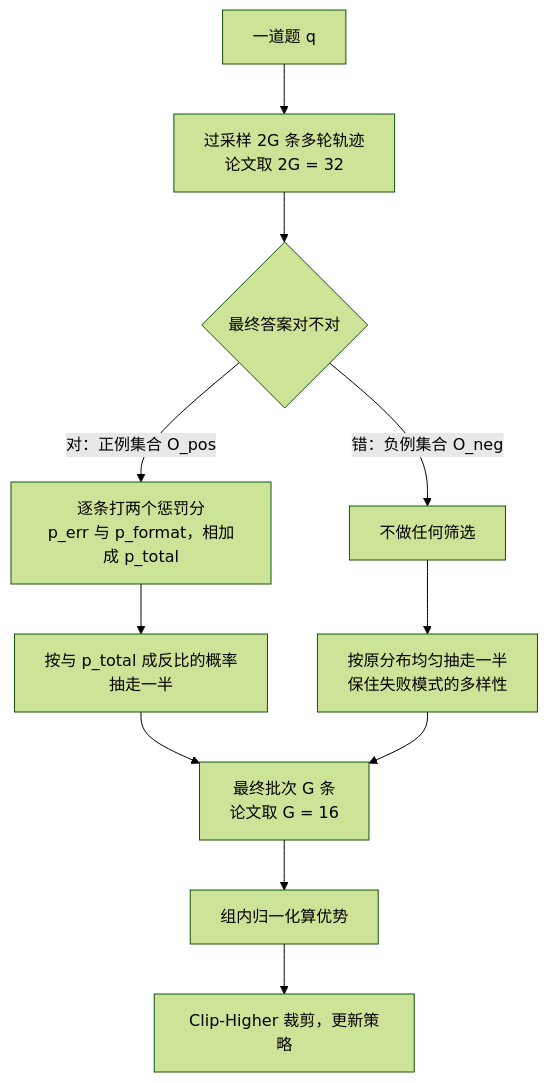
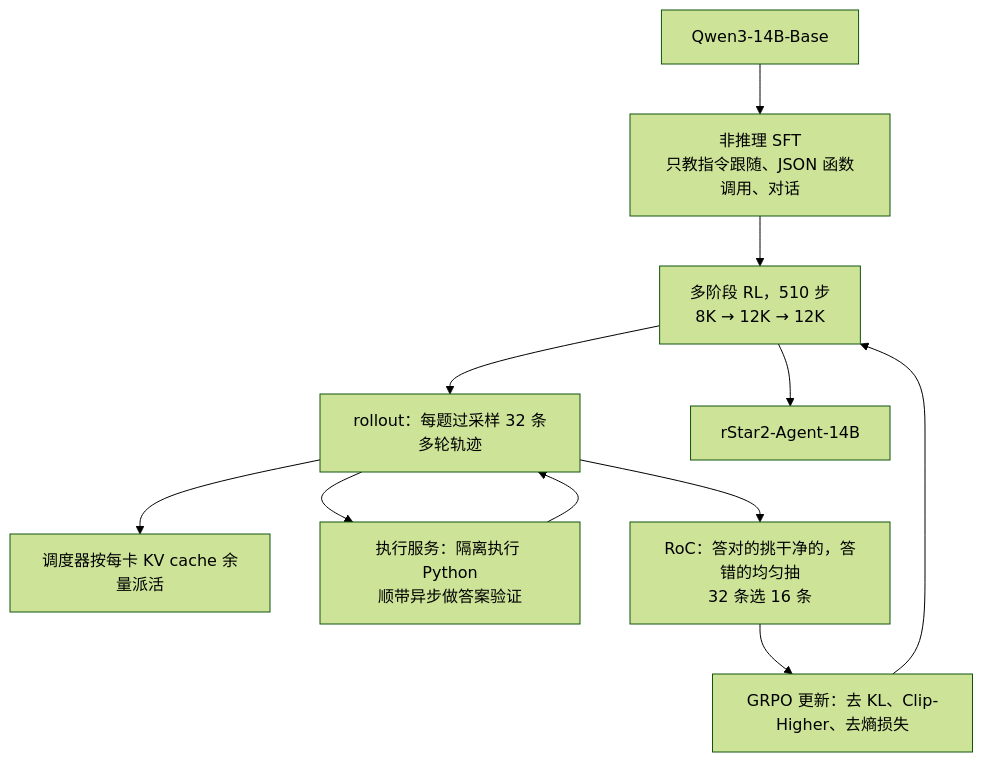
One commit to ChaoyuWang04/Orrery changed the first of 3 diagrams in reports/Microsoft/rStar2-Agent.md. Above: the diagram before and after it, drawn with Mermaid (forest theme). The commit also changed other lines of this file and 41 other files, not shown here.

First line of the commit message:
content(reports): 训练方法与强化学习翻新第五批六篇，补关键 figure 与讲解图

````diff
--- a/reports/Microsoft/rStar2-Agent.md
+++ b/reports/Microsoft/rStar2-Agent.md
@@ -219,13 +95,13 @@
 ```mermaid
 flowchart TB
-    P["一道题 q"] --> S["过采样 2G 条多轮轨迹<br/>论文取 2G = 32"]
-    S --> SPLIT{"最终答案对不对"}
-    SPLIT -->|"对：正例集合 O_pos"| POS["逐条打两个惩罚分<br/>p_err 与 p_format，相加成 p_total"]
-    SPLIT -->|"错：负例集合 O_neg"| NEG["不做任何筛选"]
-    POS --> POSD["按与 p_total 成反比的概率<br/>抽走一半"]
-    NEG --> NEGD["按原分布均匀抽走一半<br/>保住失败模式的多样性"]
-    POSD --> B["最终批次 G 条<br/>论文取 G = 16"]
-    NEGD --> B
-    B --> A["组内归一化算优势"]
-    A --> U["Clip-Higher 裁剪，更新策略"]
+    Base["Qwen3-14B-Base"] --> SFT["非推理 SFT<br/>只教指令跟随、JSON 函数调用、对话"]
+    SFT --> Loop["多阶段 RL，510 步<br/>8K → 12K → 12K"]
+    Loop --> Roll["rollout：每题过采样 32 条多轮轨迹"]
+    Roll --> Sched["调度器按每卡 KV cache 余量派活"]
+    Roll --> Env["执行服务：隔离执行 Python<br/>顺带异步做答案验证"]
+    Env --> Roll
+    Roll --> RoC["RoC：答对的挑干净的，答错的均匀抽<br/>32 条选 16 条"]
+    RoC --> Upd["GRPO 更新：去 KL、Clip-Higher、去熵损失"]
+    Upd --> Loop
+    Loop --> Model["rStar2-Agent-14B"]
 ```
````
